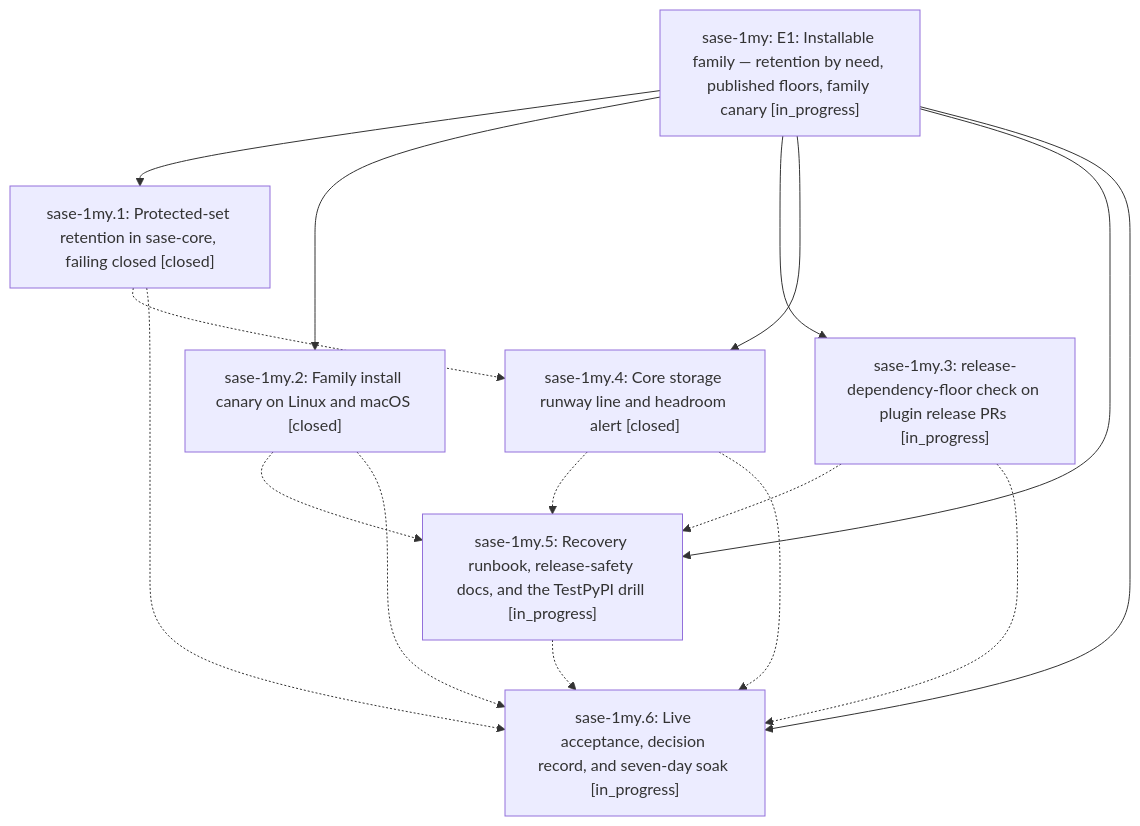
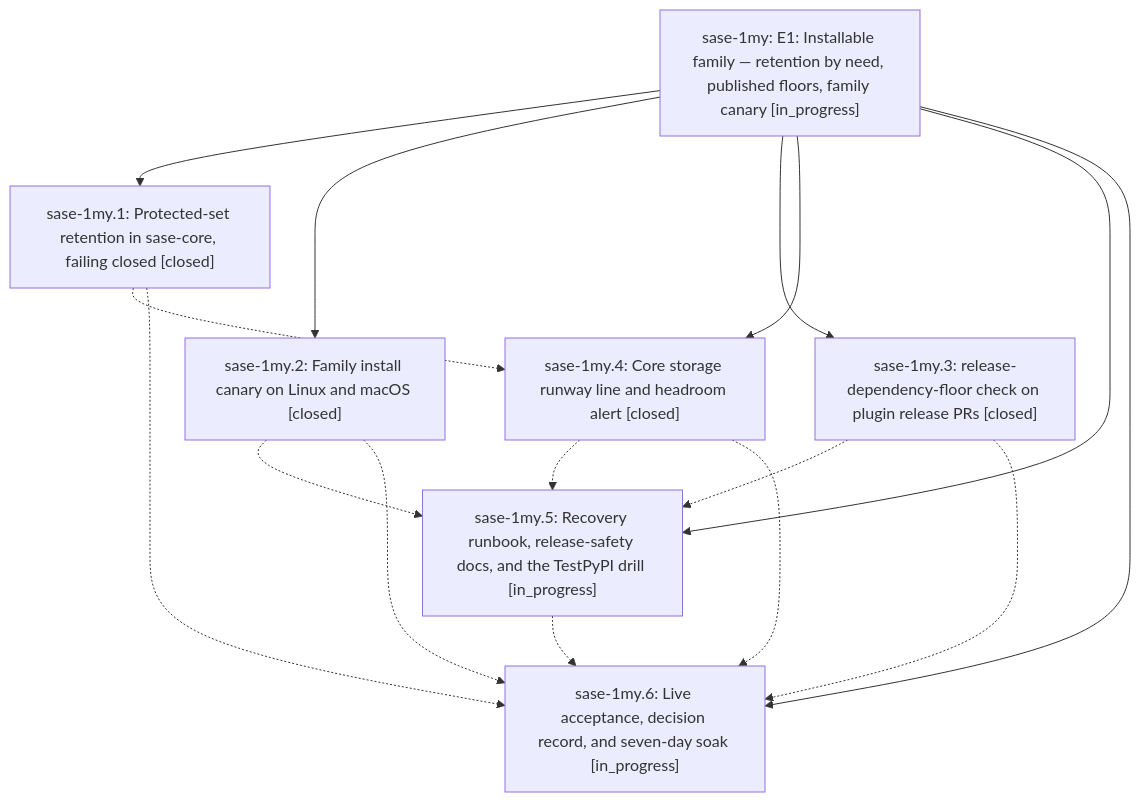
The diagram in pages/sase-1my/README.md (sase-org/sase--beads), drawn with Mermaid before and after one commit. The commit also changed other lines of this file and 4 other files, not shown here.

````diff
--- a/pages/sase-1my/README.md
+++ b/pages/sase-1my/README.md
@@ -41,25 +41,25 @@
 ```mermaid
 flowchart TD
     n0["sase-1my: E1: Installable family — retention by need, published floors, family canary [in_progress]"]
     n1["sase-1my.1: Protected-set retention in sase-core, failing closed [closed]"]
     n2["sase-1my.2: Family install canary on Linux and macOS [closed]"]
-    n3["sase-1my.3: release-dependency-floor check on plugin release PRs [in_progress]"]
+    n3["sase-1my.3: release-dependency-floor check on plugin release PRs [closed]"]
     n4["sase-1my.4: Core storage runway line and headroom alert [closed]"]
     n5["sase-1my.5: Recovery runbook, release-safety docs, and the TestPyPI drill [in_progress]"]
     n6["sase-1my.6: Live acceptance, decision record, and seven-day soak [in_progress]"]
     n0 --> n1
     n0 --> n2
     n0 --> n3
     n0 --> n4
     n0 --> n5
     n0 --> n6
     n1 -.-> n4
     n1 -.-> n6
     n2 -.-> n5
     n2 -.-> n6
     n3 -.-> n5
     n3 -.-> n6
     n4 -.-> n5
     n4 -.-> n6
     n5 -.-> n6
 ```
````
